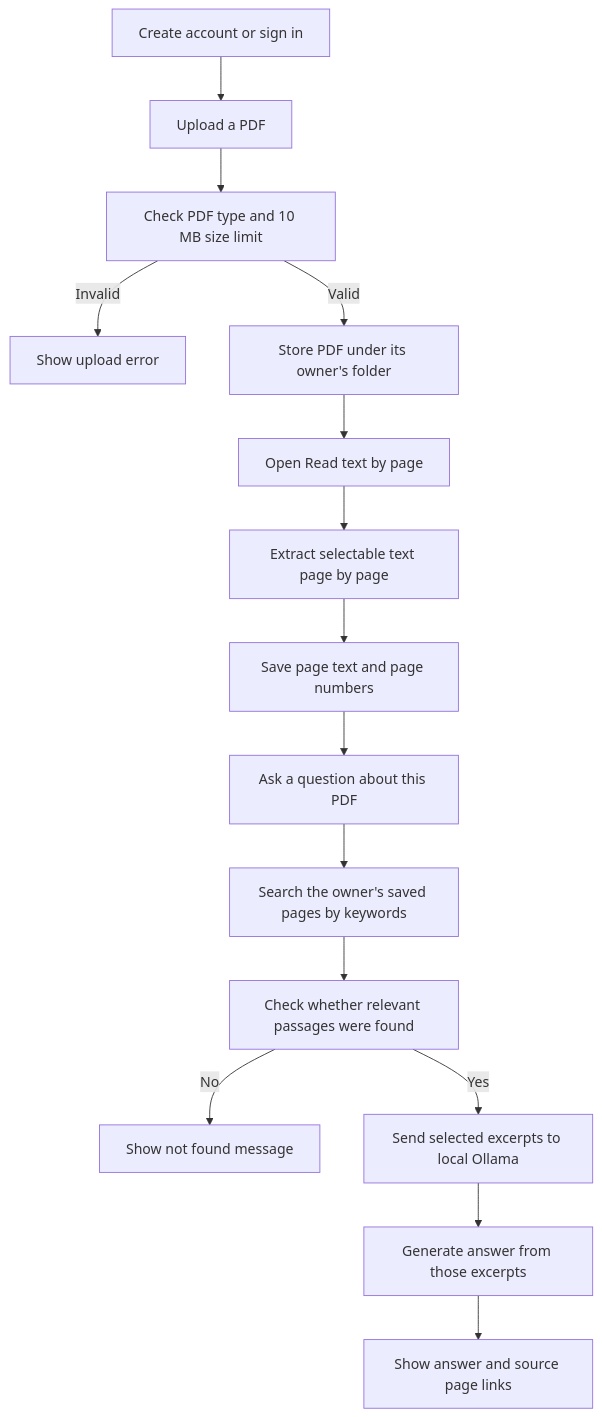
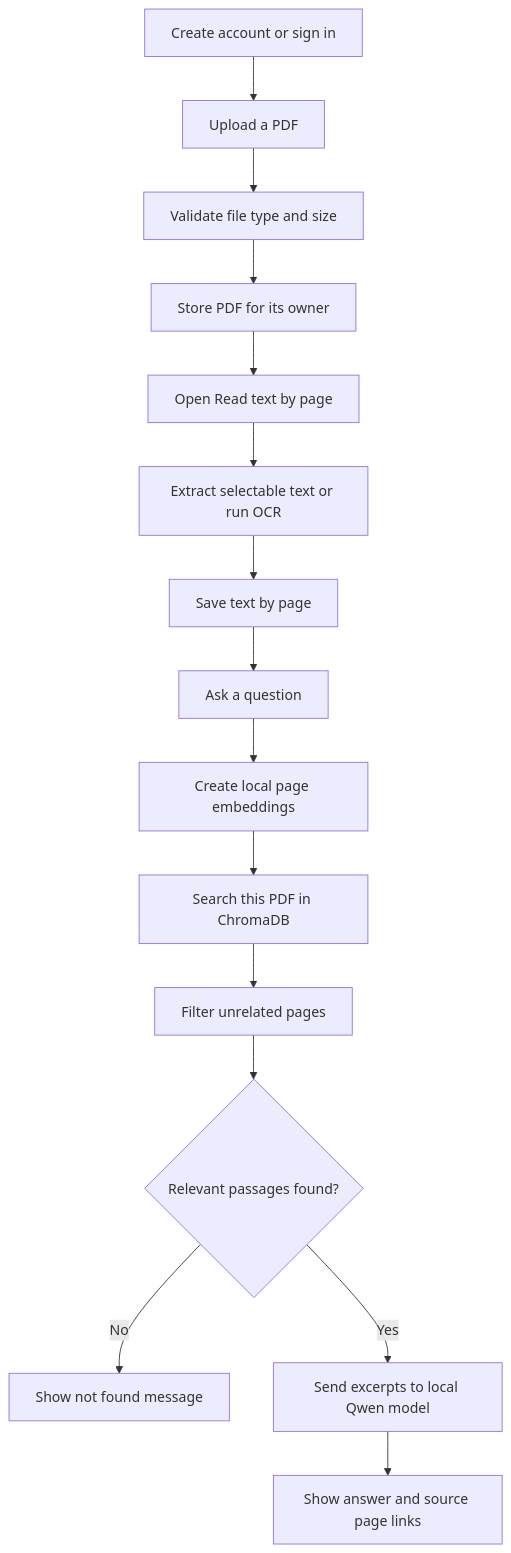
The diagram in README.md (kevinbakraniya2-ship-it/docs-ai), drawn with Mermaid before and after one commit. The commit also changed other lines of this file, not shown here.

````diff
--- a/README.md
+++ b/README.md
@@ -9,17 +9,17 @@
 ```mermaid
 flowchart TD
     A[Create account or sign in] --> B[Upload a PDF]
-    B --> C[Check PDF type and 10 MB size limit]
-    C -- Invalid --> D[Show upload error]
-    C -- Valid --> E[Store PDF under its owner's folder]
-    E --> F[Open Read text by page]
-    F --> G[Extract selectable text page by page]
-    G --> H[Save page text and page numbers]
-    H --> I[Ask a question about this PDF]
-    I --> J[Search the owner's saved pages by keywords]
-    J --> K[Check whether relevant passages were found]
-    K -- No --> L[Show not found message]
-    K -- Yes --> M[Send selected excerpts to local Ollama]
-    M --> N[Generate answer from those excerpts]
+    B --> C[Validate file type and size]
+    C --> D[Store PDF for its owner]
+    D --> E[Open Read text by page]
+    E --> F[Extract selectable text or run OCR]
+    F --> G[Save text by page]
+    G --> H[Ask a question]
+    H --> I[Create local page embeddings]
+    I --> J[Search this PDF in ChromaDB]
+    J --> K[Filter unrelated pages]
+    K --> L{Relevant passages found?}
+    L -- No --> M[Show not found message]
+    L -- Yes --> N[Send excerpts to local Qwen model]
     N --> O[Show answer and source page links]
 ```
````
